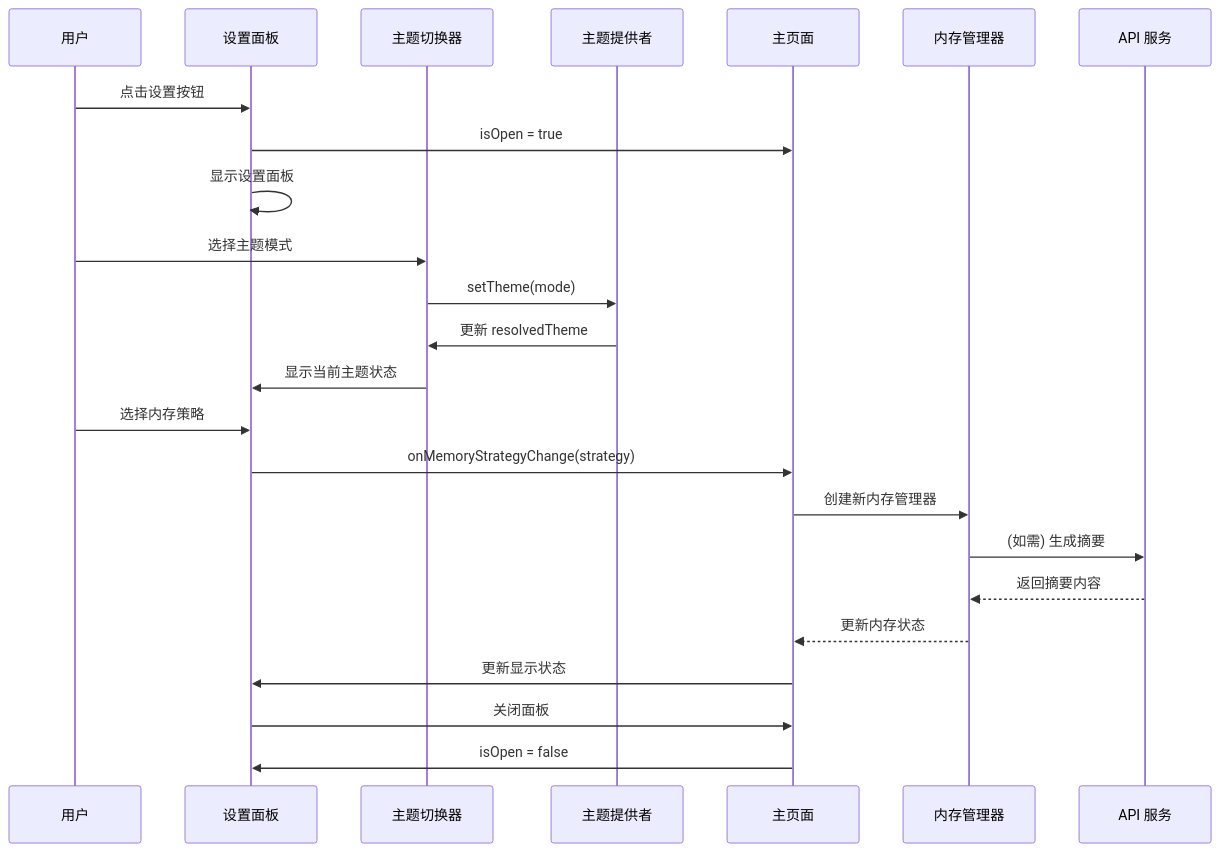
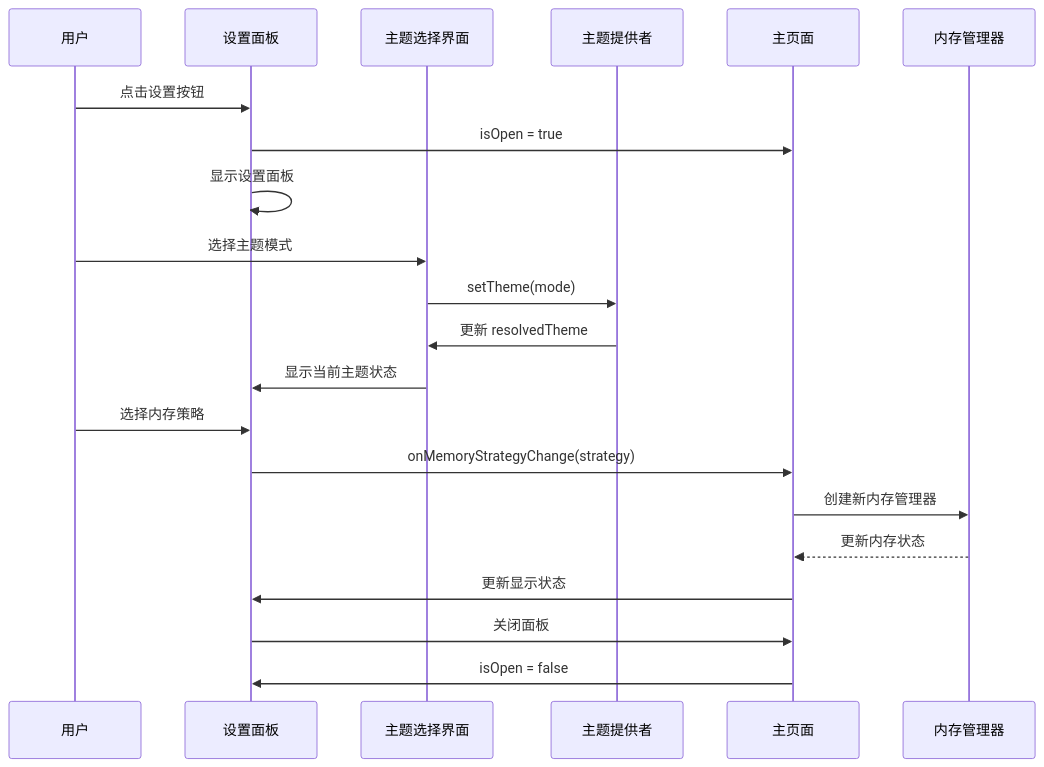
One commit to CryptoLinxu/Web3-AI-Agent changed the second of 10 diagrams in .qoder/repowiki/zh/content/项目概述/整体架构概览/Web应用程序/设置面板组件.md. Above: the diagram before and after it, drawn with Mermaid. The commit also changed other lines of this file and 11 other files, not shown here.

````diff
--- a/.qoder/repowiki/zh/content/项目概述/整体架构概览/Web应用程序/设置面板组件.md
+++ b/.qoder/repowiki/zh/content/项目概述/整体架构概览/Web应用程序/设置面板组件.md
@@ -149,26 +140,23 @@
 ```mermaid
 sequenceDiagram
 participant User as 用户
 participant Settings as 设置面板
-participant ThemeSwitcher as 主题切换器
+participant ThemePanel as 主题选择界面
 participant ThemeProvider as 主题提供者
 participant Page as 主页面
 participant Memory as 内存管理器
-participant API as API 服务
 User->>Settings : 点击设置按钮
 Settings->>Page : isOpen = true
 Settings->>Settings : 显示设置面板
-User->>ThemeSwitcher : 选择主题模式
-ThemeSwitcher->>ThemeProvider : setTheme(mode)
-ThemeProvider->>ThemeSwitcher : 更新 resolvedTheme
-ThemeSwitcher->>Settings : 显示当前主题状态
+User->>ThemePanel : 选择主题模式
+ThemePanel->>ThemeProvider : setTheme(mode)
+ThemeProvider->>ThemePanel : 更新 resolvedTheme
+ThemePanel->>Settings : 显示当前主题状态
 User->>Settings : 选择内存策略
 Settings->>Page : onMemoryStrategyChange(strategy)
 Page->>Memory : 创建新内存管理器
-Memory->>API : (如需) 生成摘要
-API-->>Memory : 返回摘要内容
 Memory-->>Page : 更新内存状态
 Page->>Settings : 更新显示状态
 Settings->>Page : 关闭面板
 Page->>Settings : isOpen = false
 ```
````
